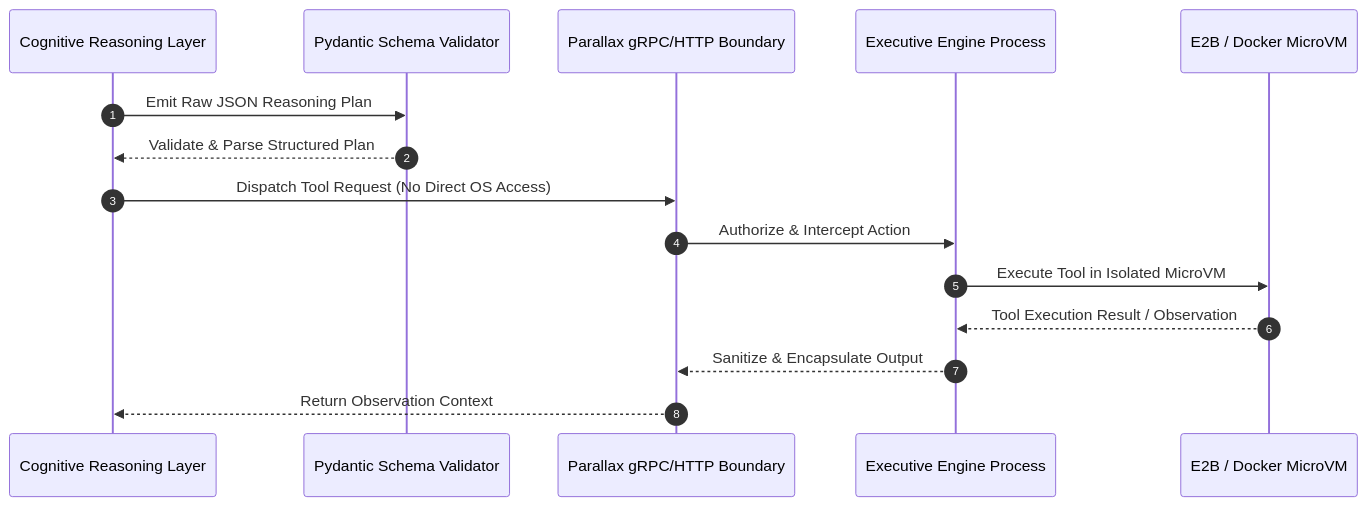
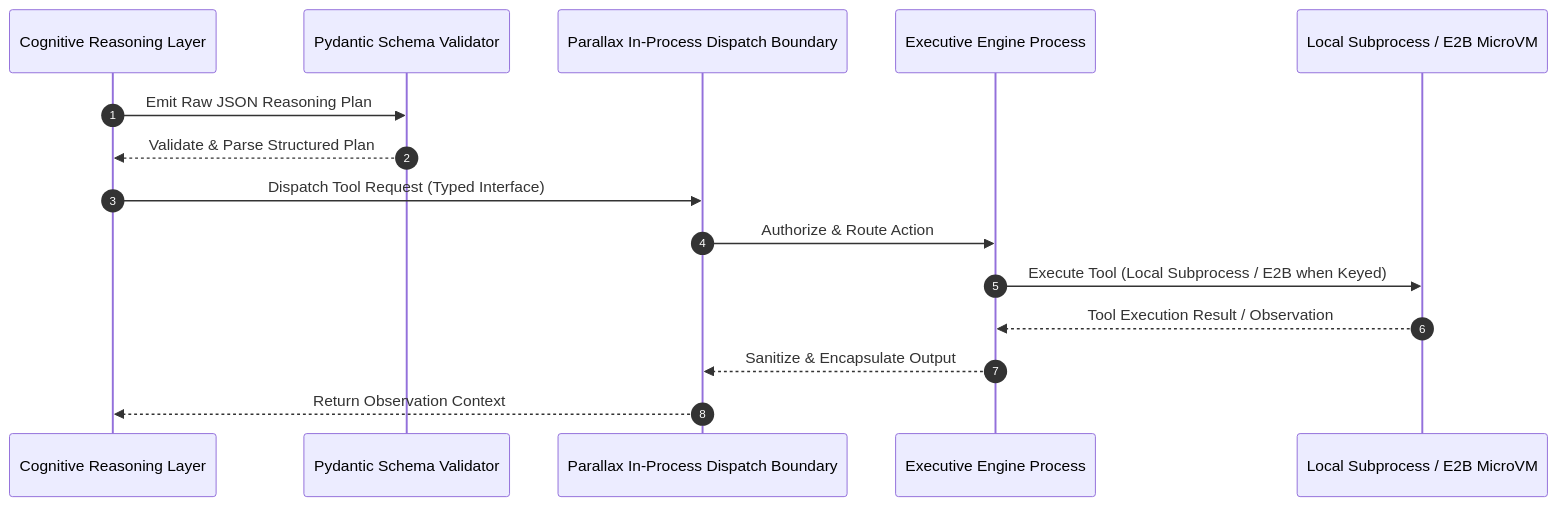
The first of 2 diagrams in README.md (vfcarida/Athena-reasoning-sandbox), drawn with Mermaid before and after one commit. The commit also changed other lines of this file and 97 other files, not shown here.

````diff
--- a/README.md
+++ b/README.md
@@ -32,18 +37,18 @@
 ```mermaid
 sequenceDiagram
     autonumber
     participant LLM as Cognitive Reasoning Layer
     participant Guard as Pydantic Schema Validator
-    participant API as Parallax gRPC/HTTP Boundary
+    participant API as Parallax In-Process Dispatch Boundary
     participant Executive as Executive Engine Process
-    participant Sandbox as E2B / Docker MicroVM
+    participant Sandbox as Local Subprocess / E2B MicroVM
 
     LLM->>Guard: Emit Raw JSON Reasoning Plan
     Guard-->>LLM: Validate & Parse Structured Plan
-    LLM->>API: Dispatch Tool Request (No Direct OS Access)
-    API->>Executive: Authorize & Intercept Action
-    Executive->>Sandbox: Execute Tool in Isolated MicroVM
+    LLM->>API: Dispatch Tool Request (Typed Interface)
+    API->>Executive: Authorize & Route Action
+    Executive->>Sandbox: Execute Tool (Local Subprocess / E2B when Keyed)
     Sandbox-->>Executive: Tool Execution Result / Observation
     Executive-->>API: Sanitize & Encapsulate Output
     API-->>LLM: Return Observation Context
 ```
````
